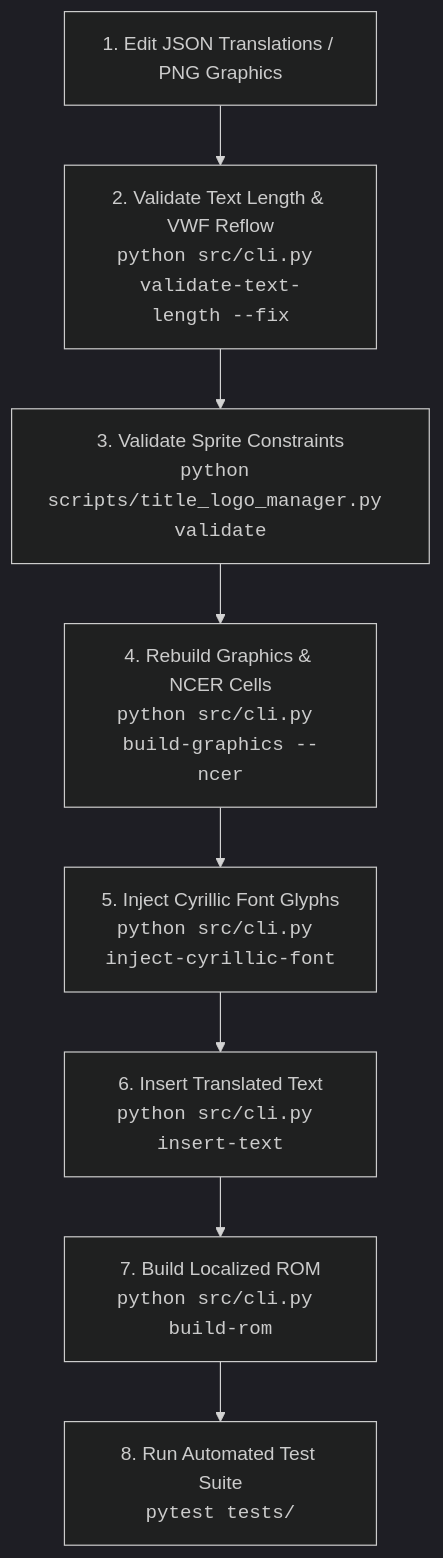
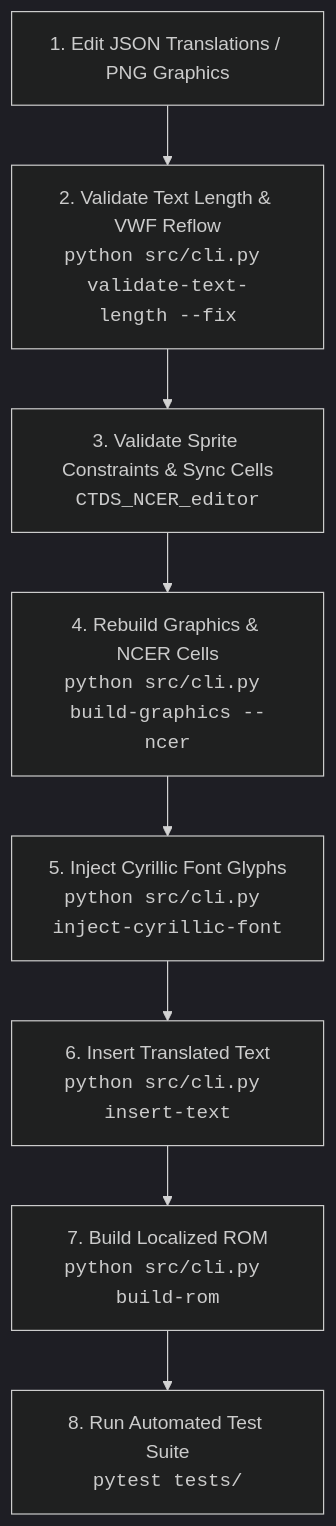
The diagram in .agents/skills/ctds-translation-pipeline/SKILL.md (LordRenDS/CTDS-Translate), drawn with Mermaid (dark theme) before and after one commit. The commit also changed other lines of this file and 7 other files, not shown here.

````diff
--- a/.agents/skills/ctds-translation-pipeline/SKILL.md
+++ b/.agents/skills/ctds-translation-pipeline/SKILL.md
@@ -385,10 +378,10 @@
 ```mermaid
 graph TD
     A["1. Edit JSON Translations / PNG Graphics"] --> B["2. Validate Text Length & VWF Reflow<br/><code>python src/cli.py validate-text-length --fix</code>"]
-    B --> C["3. Validate Sprite Constraints<br/><code>python scripts/title_logo_manager.py validate</code>"]
+    B --> C["3. Validate Sprite Constraints & Sync Cells<br/><code>CTDS_NCER_editor</code>"]
     C --> D["4. Rebuild Graphics & NCER Cells<br/><code>python src/cli.py build-graphics --ncer</code>"]
     D --> E["5. Inject Cyrillic Font Glyphs<br/><code>python src/cli.py inject-cyrillic-font</code>"]
     E --> F["6. Insert Translated Text<br/><code>python src/cli.py insert-text</code>"]
     F --> G["7. Build Localized ROM<br/><code>python src/cli.py build-rom</code>"]
     G --> H["8. Run Automated Test Suite<br/><code>pytest tests/</code>"]
 ```
````
